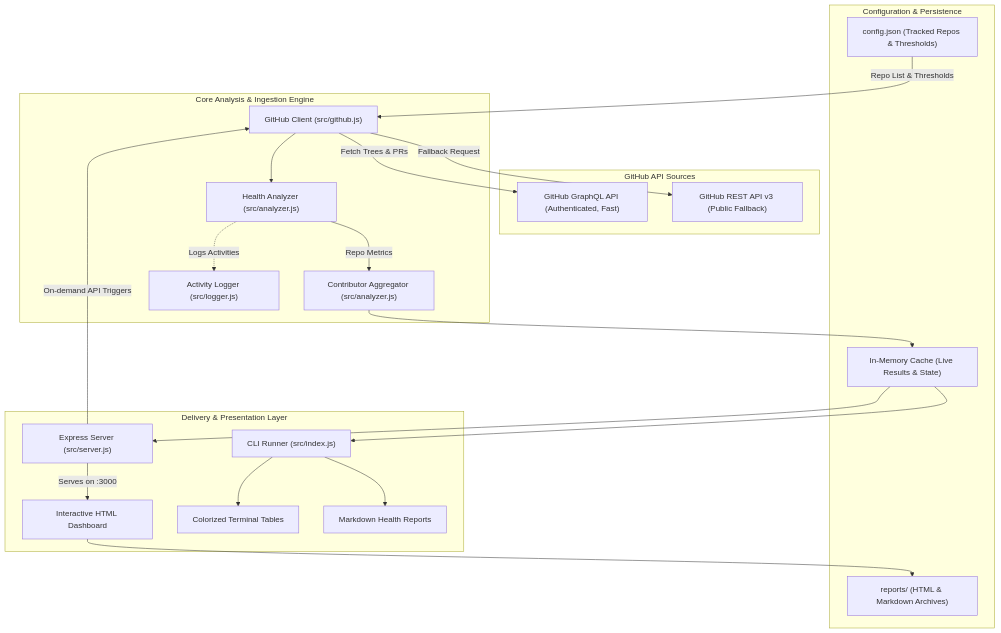
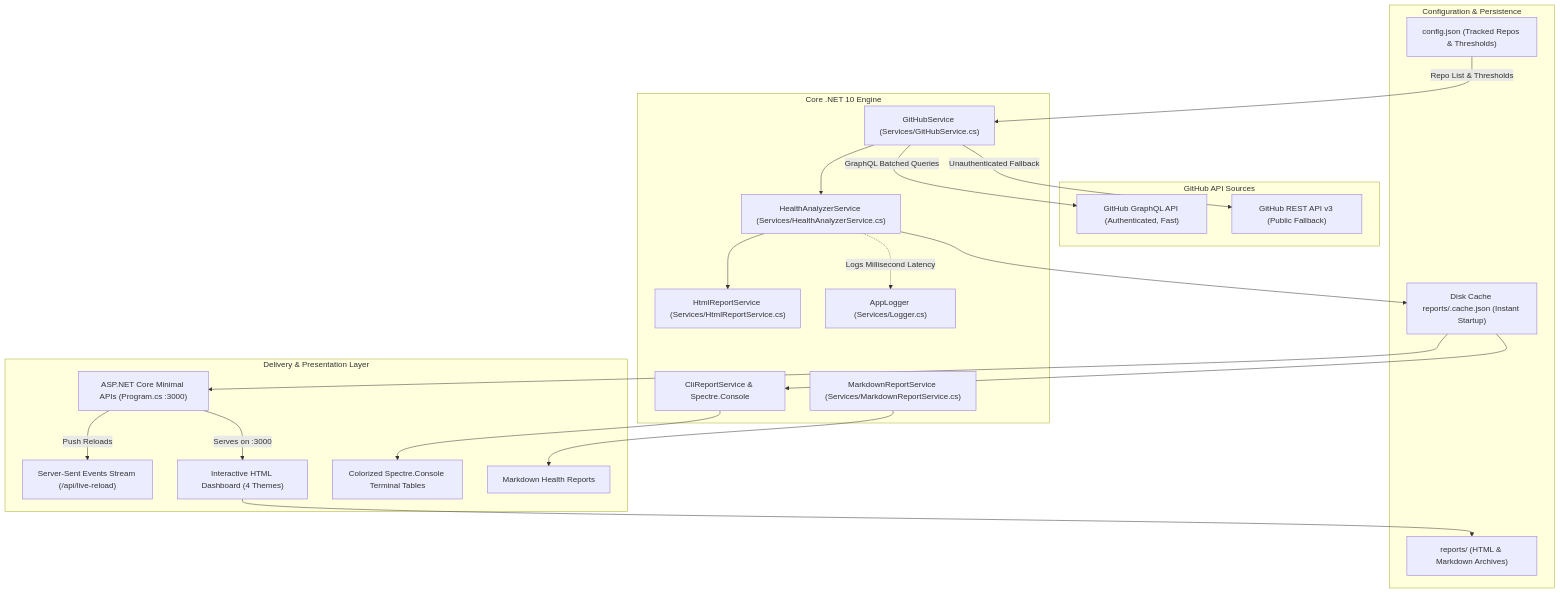
Before and after one commit to eldiebeldie/fluffy-sniffle: the first of 2 diagrams in README.md, drawn with Mermaid. The commit also changed other lines of this file and 31 other files, not shown here.

First line of the commit message:
feat(migration): migrate core engine and web server from Node.js to .NET 10

````diff
--- a/README.md
+++ b/README.md
@@ -41,43 +42,45 @@
 ```mermaid
 flowchart TD
     subgraph DataSources["GitHub API Sources"]
         GH_GQL["GitHub GraphQL API (Authenticated, Fast)"]
         GH_REST["GitHub REST API v3 (Public Fallback)"]
     end
 
-    subgraph CoreEngine["Core Analysis & Ingestion Engine"]
-        GH_CLIENT["GitHub Client (src/github.js)"]
-        ANALYZER["Health Analyzer (src/analyzer.js)"]
-        AGGREGATOR["Contributor Aggregator (src/analyzer.js)"]
-        LOGGER["Activity Logger (src/logger.js)"]
+    subgraph CoreEngine["Core .NET 10 Engine"]
+        GH_SVC["GitHubService (Services/GitHubService.cs)"]
+        ANALYZER["HealthAnalyzerService (Services/HealthAnalyzerService.cs)"]
+        HTML_SVC["HtmlReportService (Services/HtmlReportService.cs)"]
+        CLI_SVC["CliReportService & Spectre.Console"]
+        MD_SVC["MarkdownReportService (Services/MarkdownReportService.cs)"]
+        LOGGER["AppLogger (Services/Logger.cs)"]
     end
 
     subgraph StorageConfig["Configuration & Persistence"]
         CONFIG["config.json (Tracked Repos & Thresholds)"]
-        CACHE["In-Memory Cache (Live Results & State)"]
+        CACHE["Disk Cache reports/.cache.json (Instant Startup)"]
         REPORTS["reports/ (HTML & Markdown Archives)"]
     end
 
     subgraph Delivery["Delivery & Presentation Layer"]
-        SERVER["Express Server (src/server.js)"]
-        CLI["CLI Runner (src/index.js)"]
-        HTML_DASH["Interactive HTML Dashboard"]
-        TERM_VIEW["Colorized Terminal Tables"]
+        KESTREL["ASP.NET Core Minimal APIs (Program.cs :3000)"]
+        SSE["Server-Sent Events Stream (/api/live-reload)"]
+        HTML_DASH["Interactive HTML Dashboard (4 Themes)"]
+        TERM_VIEW["Colorized Spectre.Console Terminal Tables"]
         MD_EXPORT["Markdown Health Reports"]
     end
 
-    GH_CLIENT -->|Fetch Trees & PRs| GH_GQL
-    GH_CLIENT -->|Fallback Request| GH_REST
-    CONFIG -->|Repo List & Thresholds| GH_CLIENT
-    GH_CLIENT --> ANALYZER
-    ANALYZER -->|Repo Metrics| AGGREGATOR
-    ANALYZER -.->|Logs Activities| LOGGER
-    AGGREGATOR --> CACHE
-    CACHE --> SERVER
-    CACHE --> CLI
-    SERVER -->|Serves on :3000| HTML_DASH
-    SERVER -->|On-demand API Triggers| GH_CLIENT
-    CLI --> TERM_VIEW
-    CLI --> MD_EXPORT
+    GH_SVC -->|GraphQL Batched Queries| GH_GQL
+    GH_SVC -->|Unauthenticated Fallback| GH_REST
+    CONFIG -->|Repo List & Thresholds| GH_SVC
+    GH_SVC --> ANALYZER
+    ANALYZER --> HTML_SVC
+    ANALYZER -.->|Logs Millisecond Latency| LOGGER
+    ANALYZER --> CACHE
+    CACHE --> KESTREL
+    CACHE --> CLI_SVC
+    KESTREL -->|Serves on :3000| HTML_DASH
+    KESTREL -->|Push Reloads| SSE
+    CLI_SVC --> TERM_VIEW
+    MD_SVC --> MD_EXPORT
     HTML_DASH --> REPORTS
 ```
````
